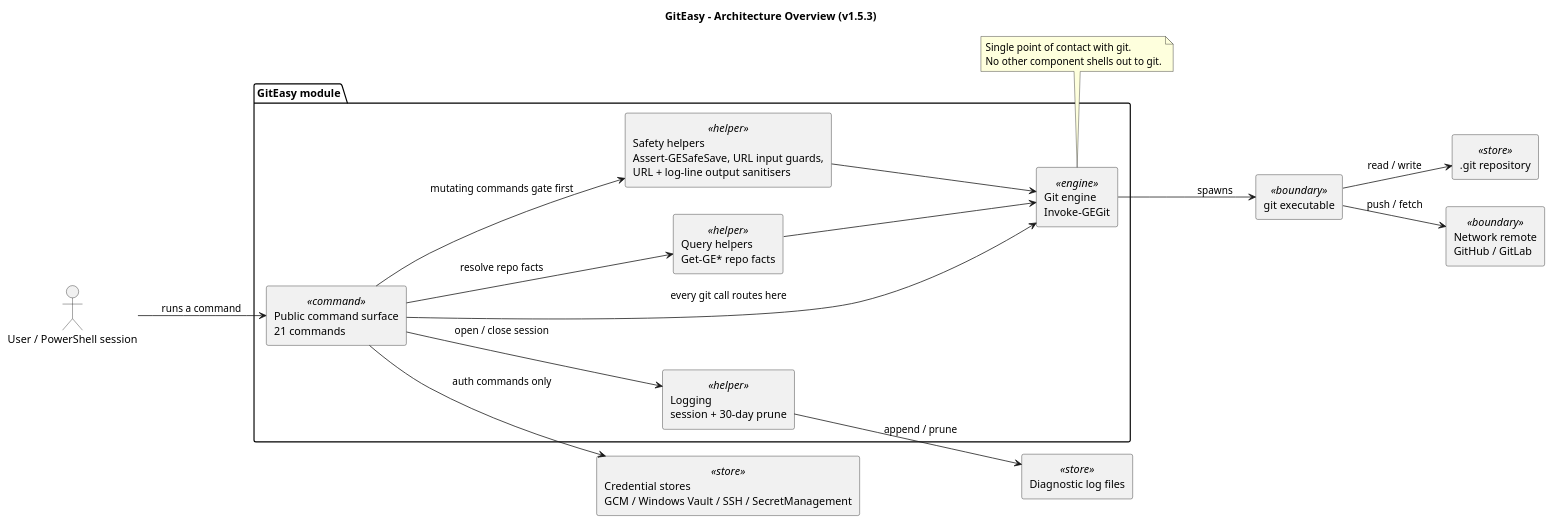
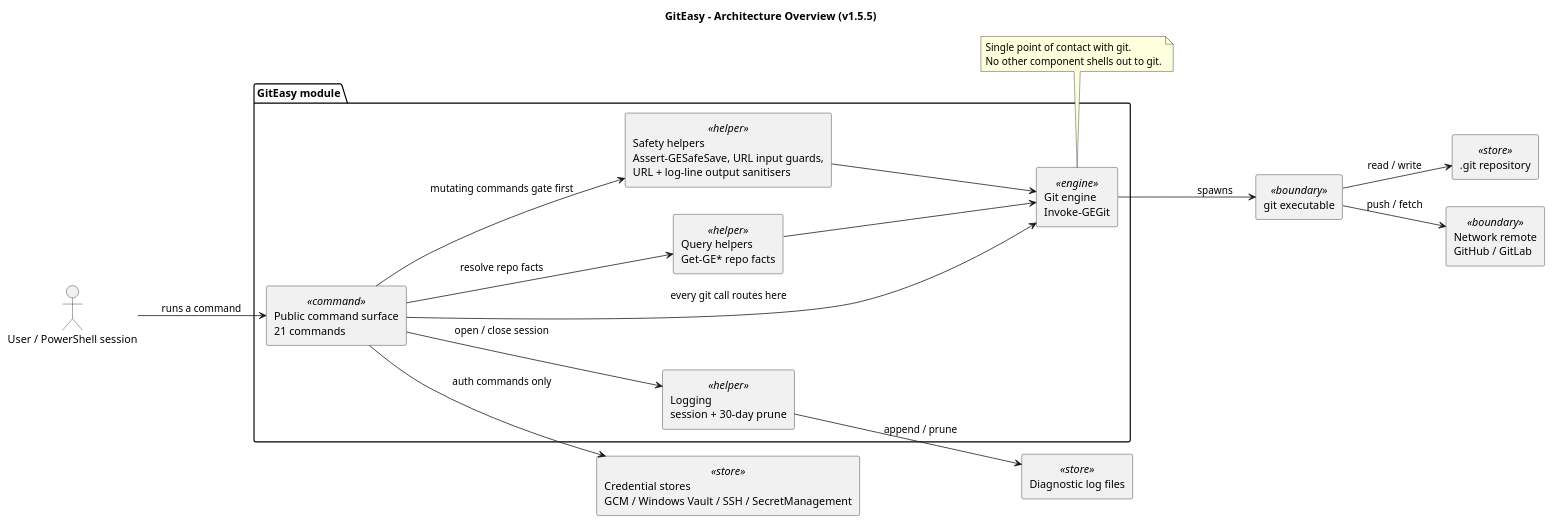
One commit to greenmtnsun/GitEasy changed the diagram in docs/UML/01-architecture-overview.puml. Above: the diagram before and after it, drawn with PlantUML. The commit also changed 13 other files, not shown here.

Commit message:
Add 9 UML diagrams 04-12 + README; complete GR-002 (DR-016)

```diff
--- a/docs/UML/01-architecture-overview.puml
+++ b/docs/UML/01-architecture-overview.puml
@@ -1,40 +1,40 @@
 @startuml GitEasyArchitectureOverview
-title GitEasy - Architecture Overview (v1.5.3)
+title GitEasy - Architecture Overview (v1.5.5)
 skinparam componentStyle rectangle
 skinparam shadowing false
 left to right direction
 
 actor "User / PowerShell session" as User
 
 package "GitEasy module" {
   component "Public command surface\n21 commands" <<command>> as Public
   component "Git engine\nInvoke-GEGit" <<engine>> as Engine
   component "Logging\nsession + 30-day prune" <<helper>> as Log
   component "Query helpers\nGet-GE* repo facts" <<helper>> as Query
   component "Safety helpers\nAssert-GESafeSave, URL input guards,\nURL + log-line output sanitisers" <<helper>> as Safety
 }
 
 component "git executable" <<boundary>> as Git
 component ".git repository" <<store>> as Repo
 component "Diagnostic log files" <<store>> as Logs
 component "Network remote\nGitHub / GitLab" <<boundary>> as Remote
 component "Credential stores\nGCM / Windows Vault / SSH / SecretManagement" <<store>> as Creds
 
 User --> Public : runs a command
 Public --> Safety : mutating commands gate first
 Public --> Log : open / close session
 Public --> Query : resolve repo facts
 Public --> Engine : every git call routes here
 Query --> Engine
 Safety --> Engine
 Engine --> Git : spawns
 Git --> Repo : read / write
 Git --> Remote : push / fetch
 Log --> Logs : append / prune
 Public --> Creds : auth commands only
 
 note bottom of Engine
   Single point of contact with git.
   No other component shells out to git.
 end note
 @enduml
```
